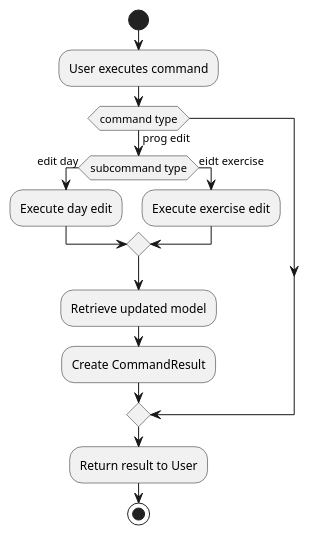
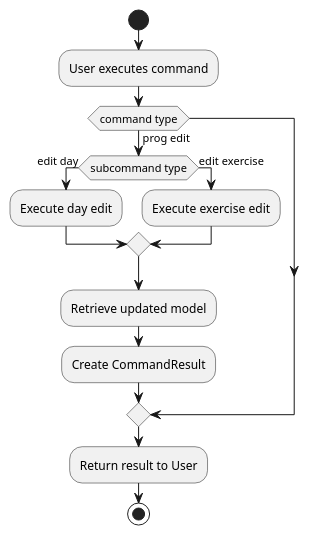
One commit to nus-cs2113-AY2425S1/tp changed the diagram in docs/diagrams/editCommandActivityDiagram.puml. Above: the diagram before and after it, drawn with PlantUML. The commit also changed 29 other files, not shown here.

```diff
--- a/docs/diagrams/editCommandActivityDiagram.puml
+++ b/docs/diagrams/editCommandActivityDiagram.puml
@@ -1,20 +1,20 @@
 @startuml
 start
 
 :User executes command;
 
 if (command type) then (prog edit)
   if (subcommand type) then (edit day)
     :Execute day edit;
-  else (eidt exercise)
+  else (edit exercise)
     :Execute exercise edit;
   endif
   :Retrieve updated model;
 
   :Create CommandResult;
 endif
 
 :Return result to User;
 
 stop
 @enduml
```
